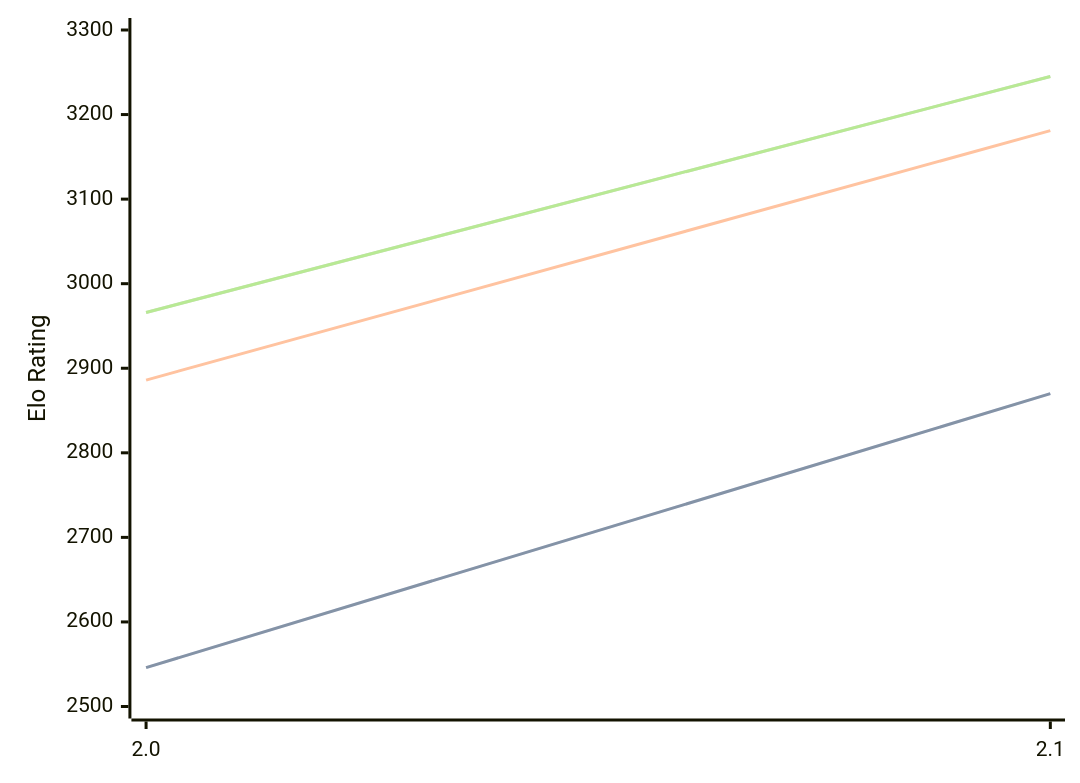
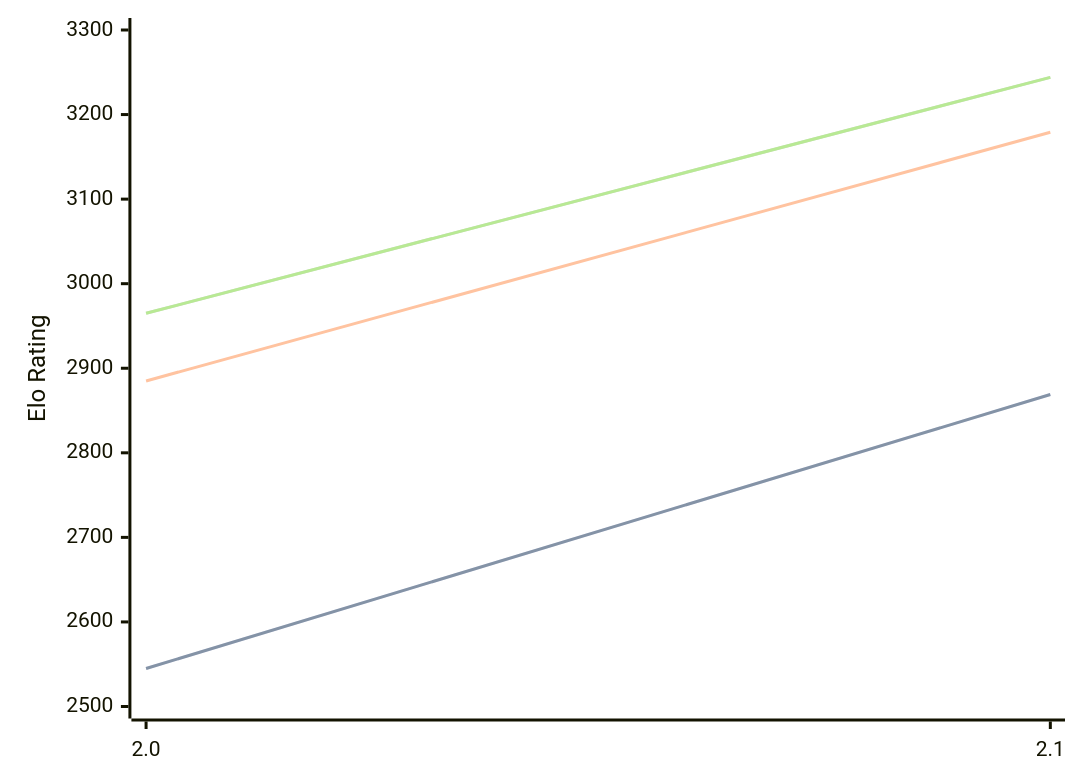
One commit to computer-chess-index/cci changed the diagram in engines/Tunguska.md. Above: the diagram before and after it, drawn with Mermaid. The commit also changed other lines of this file, not shown here.

Commit message:
Update CCI Ratings (ELO VLTC) - 2026-04-26

````diff
--- a/engines/Tunguska.md
+++ b/engines/Tunguska.md
@@ -32,11 +32,11 @@
 ```mermaid
 %%{init: {"theme":"base","themeVariables":{"seriesColors:['#a3a3a3','#222221','#faa371']}}}%%
 xychart-beta
   x-axis ["2.0", "2.1"]
   y-axis "Elo Rating" 2500 --> 3300
-  line "STC (8.0+0.08s)" [2546, 2870]
-  line "STC (8.0+0.08s)" [2546, 2870]
-  line "LTC (60.0+0.60s)" [2886, 3181]
-  line "VLTC (2m24s+1.12s)" [2966, 3245]
-  line "VLTC (2m24s+1.12s)" [2966, 3245]
+  line "STC (8.0+0.08s)" [2545, 2869]
+  line "STC (8.0+0.08s)" [2545, 2869]
+  line "LTC (60.0+0.60s)" [2885, 3179]
+  line "VLTC (2m24s+1.12s)" [2965, 3244]
+  line "VLTC (2m24s+1.12s)" [2965, 3244]
 ```
````
